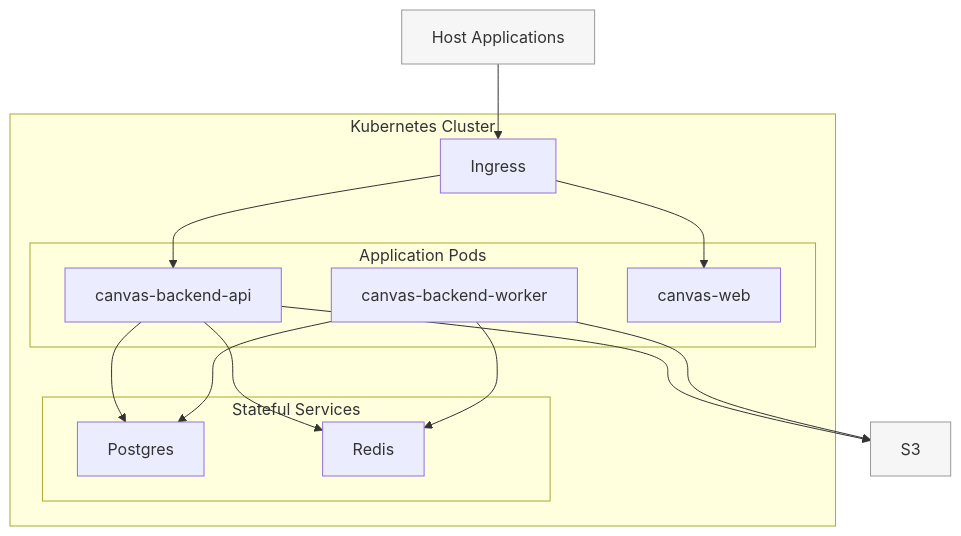
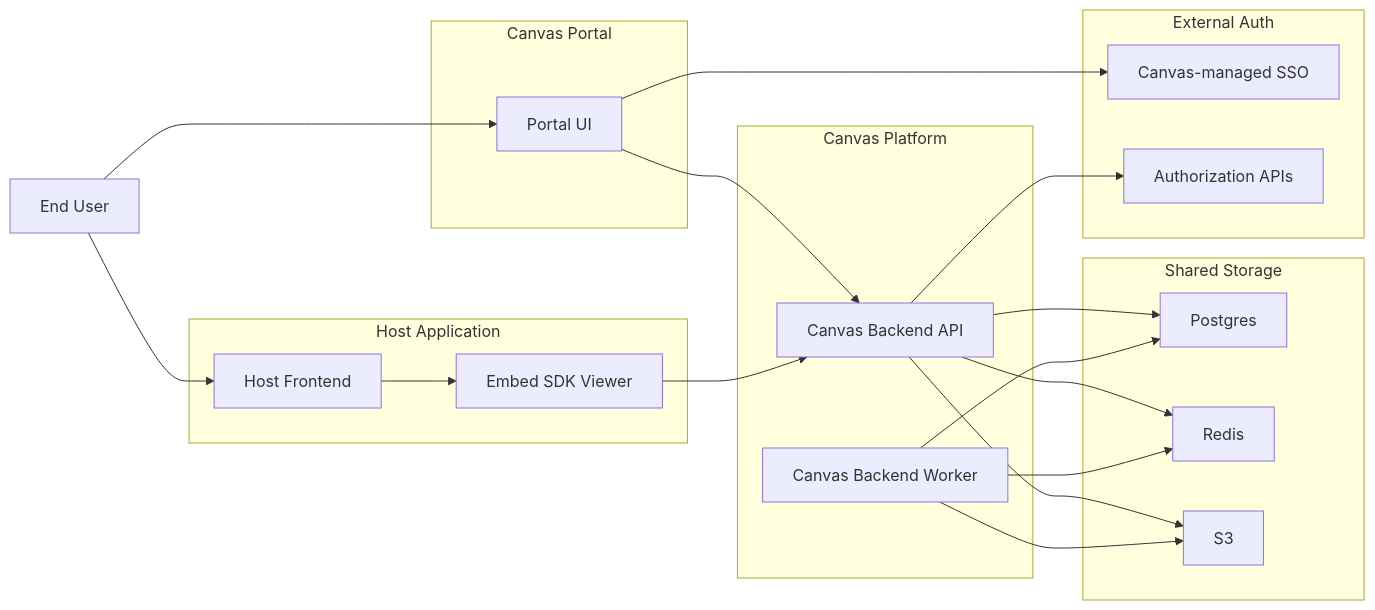
One commit to valeeraZ/canvas changed the diagram in docs/superpowers/specs/2026-03-13-canvas-design.md. Above: the diagram before and after it, drawn with Mermaid. The commit also changed other lines of this file and 3 other files, not shown here.

Commit message:
docs: align architecture docs with app scoped model

````diff
--- a/docs/superpowers/specs/2026-03-13-canvas-design.md
+++ b/docs/superpowers/specs/2026-03-13-canvas-design.md
@@ -544,33 +167,46 @@
 ```mermaid
-flowchart TB
-    subgraph K8s["Kubernetes Cluster"]
-        Ingress["Ingress"]
+flowchart LR
+    User["End User"]
 
-        subgraph Apps["Application Pods"]
-            API["canvas-backend-api"]
-            Worker["canvas-backend-worker"]
-            Web["canvas-web"]
-        end
-
-        subgraph Data["Stateful Services"]
-            PG["Postgres"]
-            Redis["Redis"]
-        end
+    subgraph Host["Host Application"]
+        HostFrontend["Host Frontend"]
+        HostSDK["Embed SDK Viewer"]
     end
 
-    S3["S3"]:::external
-    Host["Host Applications"]:::external
+    subgraph Portal["Canvas Portal"]
+        PortalUI["Portal UI"]
+    end
 
-    Host --> Ingress
-    Ingress --> API
-    Ingress --> Web
+    subgraph Platform["Canvas Platform"]
+        Api["Canvas Backend API"]
+        Worker["Canvas Backend Worker"]
+    end
 
-    API --> PG
-    API --> Redis
-    API --> S3
+    subgraph External["External Auth"]
+        SSO["Canvas-managed SSO"]
+        AuthAPI["Authorization APIs"]
+    end
+
+    subgraph Storage["Shared Storage"]
+        PG["Postgres"]
+        Redis["Redis"]
+        S3["S3"]
+    end
+
+    User --> PortalUI
+    User --> HostFrontend
+    HostFrontend --> HostSDK
+
+    PortalUI --> Api
+    HostSDK --> Api
+
+    PortalUI --> SSO
+    Api --> AuthAPI
+
+    Api --> PG
+    Api --> Redis
+    Api --> S3
+    Worker --> PG
     Worker --> Redis
-    Worker --> PG
     Worker --> S3
-
-    classDef external fill:#f6f6f6,stroke:#999,stroke-width:1px;
 ```
````
